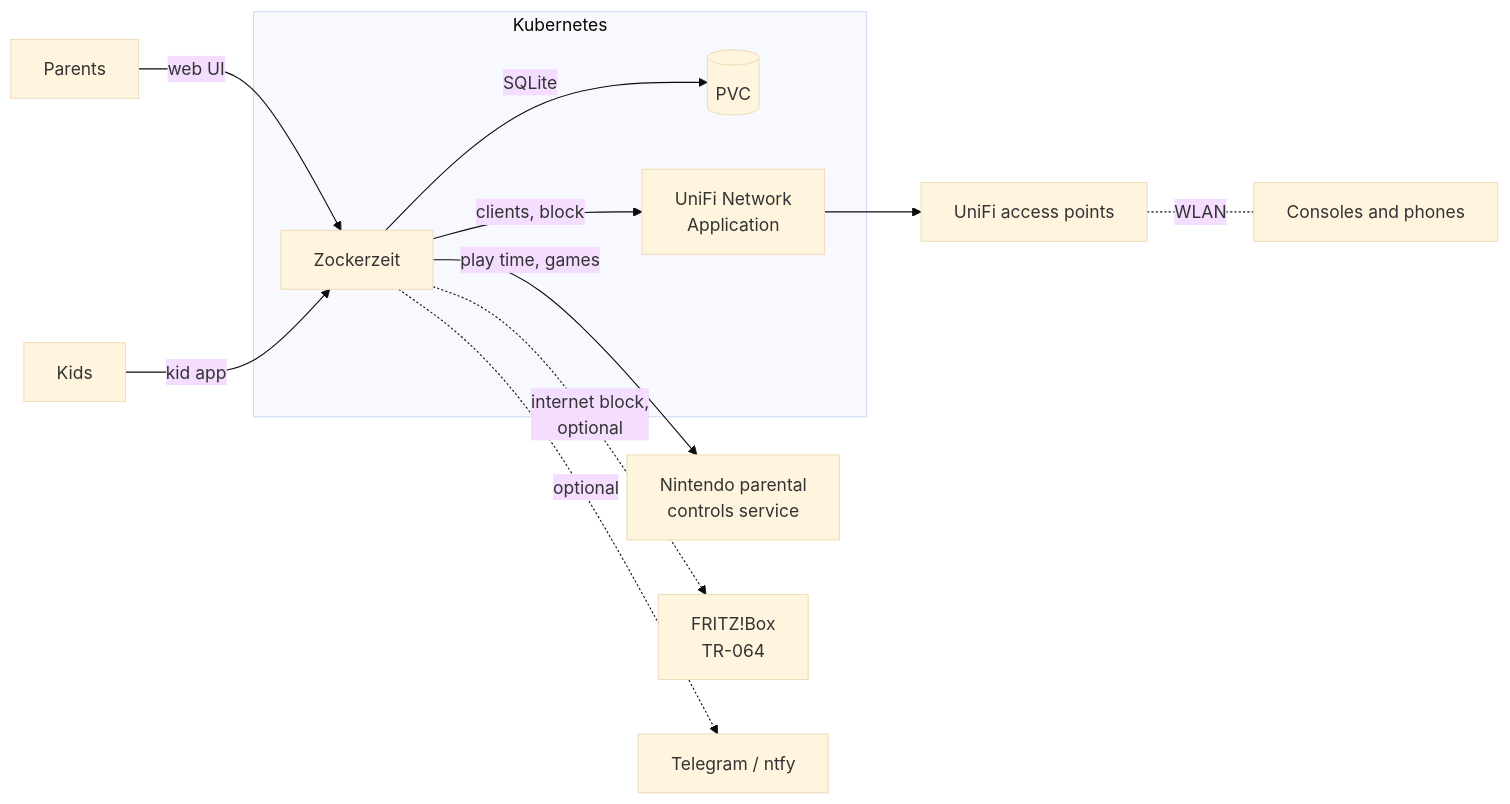
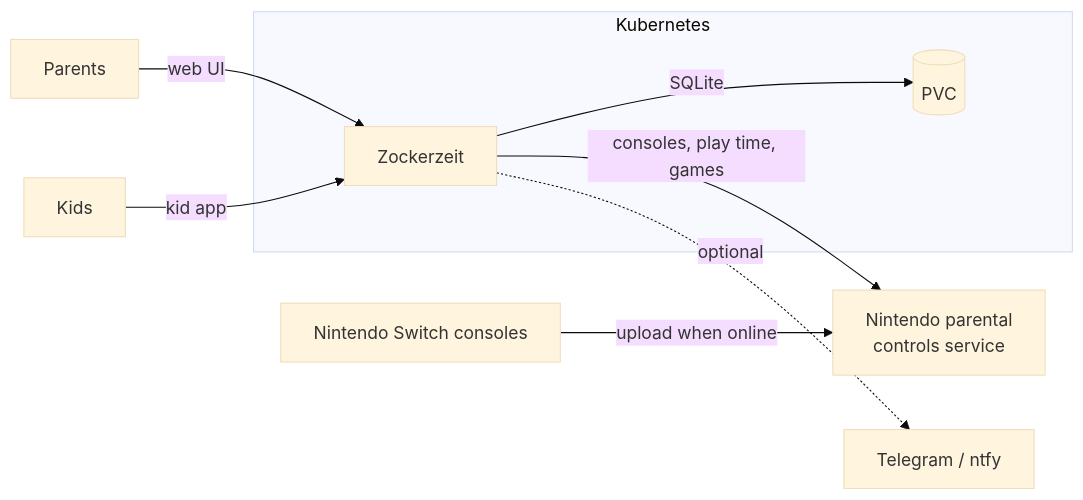
One commit to slauger/zockerzeit changed the diagram in README.md. Above: the diagram before and after it, drawn with Mermaid (base theme). The commit also changed other lines of this file and 68 other files, not shown here.

First line of the commit message:
feat: focus on the Nintendo Switch, drop WLAN tracking and blocking

````diff
--- a/README.md
+++ b/README.md
@@ -35,14 +35,11 @@
 ```mermaid
 flowchart LR
     subgraph Kubernetes
         ZZ[Zockerzeit] -->|SQLite| PVC[(PVC)]
-        ZZ -->|clients, block| UC[UniFi Network<br>Application]
     end
-    ZZ -->|play time, games| NIN[Nintendo parental<br>controls service]
-    ZZ -.->|internet block,<br>optional| FB[FRITZ!Box<br>TR-064]
+    ZZ -->|consoles, play time, games| NIN[Nintendo parental<br>controls service]
+    SW[Nintendo Switch consoles] -->|upload when online| NIN
     ZZ -.->|optional| NT[Telegram / ntfy]
-    UC --> AP[UniFi access points]
-    AP -. WLAN .- D[Consoles and phones]
     P[Parents] -->|web UI| ZZ
     K[Kids] -->|kid app| ZZ
 ```
````
